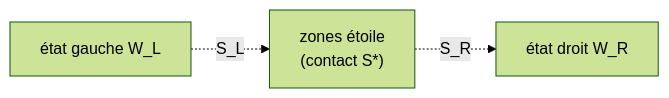
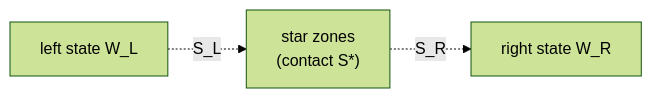
One commit to fhermet/machmallow changed the first of 2 diagrams in docs/NUMERICS.md. Above: the diagram before and after it, drawn with Mermaid (forest theme). The commit also changed other lines of this file and 1 other file, not shown here.

Commit message:
docs: traduire ARCHITECTURE et NUMERICS en anglais

````diff
--- a/docs/NUMERICS.md
+++ b/docs/NUMERICS.md
@@ -55,5 +54,5 @@
 ```mermaid
 flowchart LR
-    L["état gauche W_L"] -. "S_L" .-> star
-    star["zones étoile<br/>(contact S*)"] -. "S_R" .-> R["état droit W_R"]
+    L["left state W_L"] -. "S_L" .-> star
+    star["star zones<br/>(contact S*)"] -. "S_R" .-> R["right state W_R"]
 ```
````
